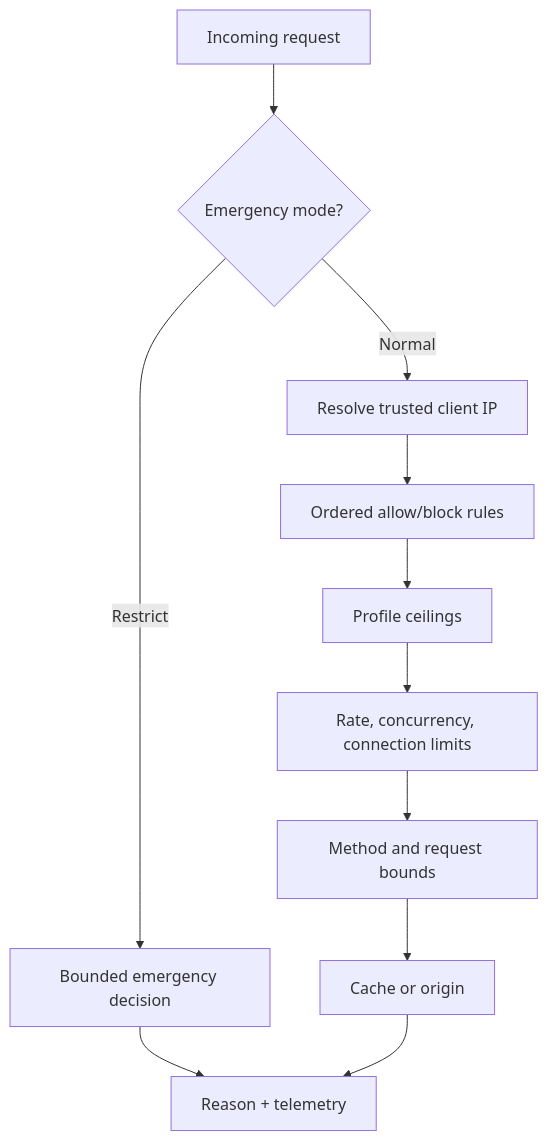
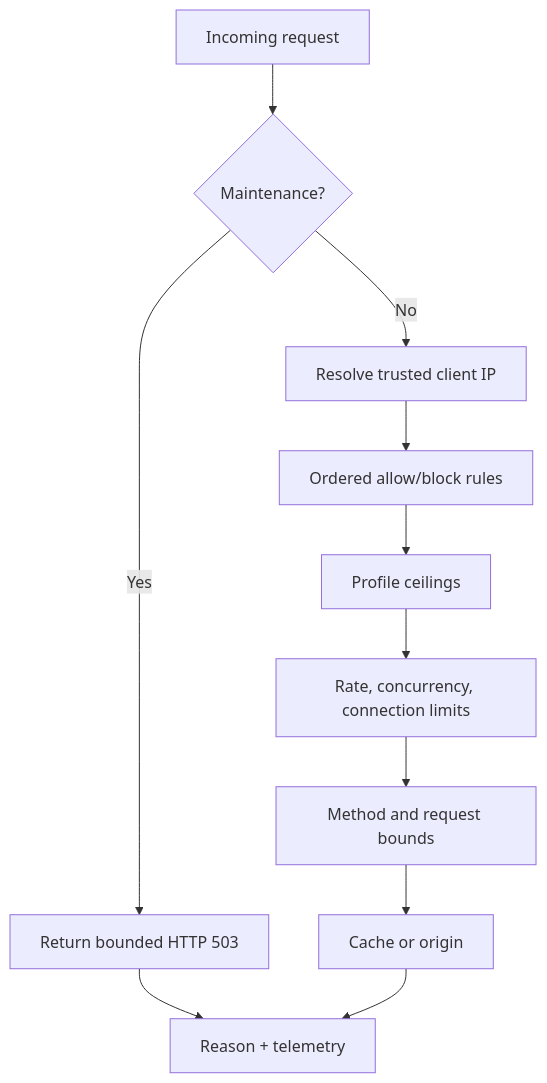
Before and after one commit to vaheed/CDNFoundry: the diagram in docs/guides/security.md, drawn with Mermaid. The commit also changed other lines of this file and 18 other files, not shown here.

````diff
--- a/docs/guides/security.md
+++ b/docs/guides/security.md
@@ -8,13 +8,13 @@
 ```mermaid
 flowchart TD
-    Request["Incoming request"] --> Emergency{"Emergency mode?"}
-    Emergency -- Restrict --> Decision["Bounded emergency decision"]
-    Emergency -- Normal --> Client["Resolve trusted client IP"]
+    Request["Incoming request"] --> Maintenance{"Maintenance?"}
+    Maintenance -- Yes --> Response["Return bounded HTTP 503"]
+    Maintenance -- No --> Client["Resolve trusted client IP"]
     Client --> Rules["Ordered allow/block rules"]
     Rules --> Profile["Profile ceilings"]
     Profile --> Limits["Rate, concurrency, connection limits"]
     Limits --> Method["Method and request bounds"]
     Method --> Serve["Cache or origin"]
-    Decision --> Event["Reason + telemetry"]
+    Response --> Event["Reason + telemetry"]
     Serve --> Event
 ```
````
